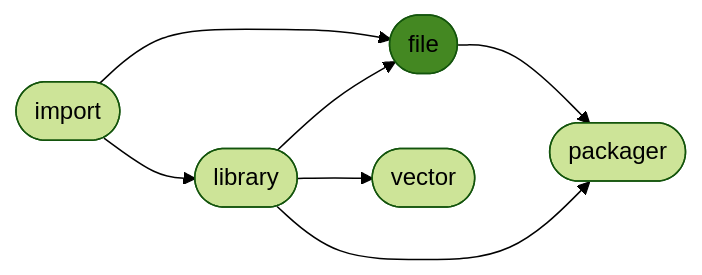
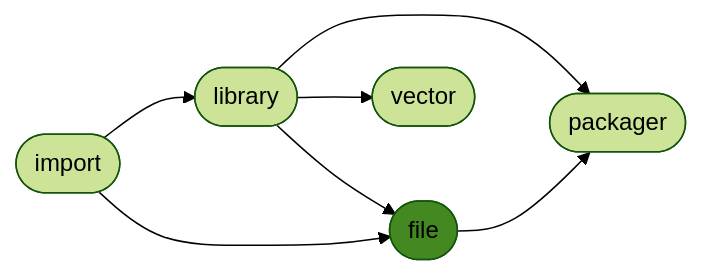
Before and after one commit to ManderaGeneral/generalfile: the diagram in README.md, drawn with Mermaid (forest theme). The commit also changed other lines of this file, not shown here.

````diff
--- a/README.md
+++ b/README.md
@@ -24,15 +24,15 @@
 ```mermaid
 flowchart LR
+1([library]) --> 2([file])
 0([import]) --> 2([file])
-1([library]) --> 2([file])
+1([library]) --> 3([vector])
+1([library]) --> 4([packager])
+0([import]) --> 1([library])
 2([file]) --> 4([packager])
-0([import]) --> 1([library])
-1([library]) --> 4([packager])
-1([library]) --> 3([vector])
 click 0 "https://github.com/ManderaGeneral/generalimport"
 click 1 "https://github.com/ManderaGeneral/generallibrary"
 click 2 "https://github.com/ManderaGeneral/generalfile"
 click 3 "https://github.com/ManderaGeneral/generalvector"
 click 4 "https://github.com/ManderaGeneral/generalpackager"
 style 2 fill:#482
 ```
````
